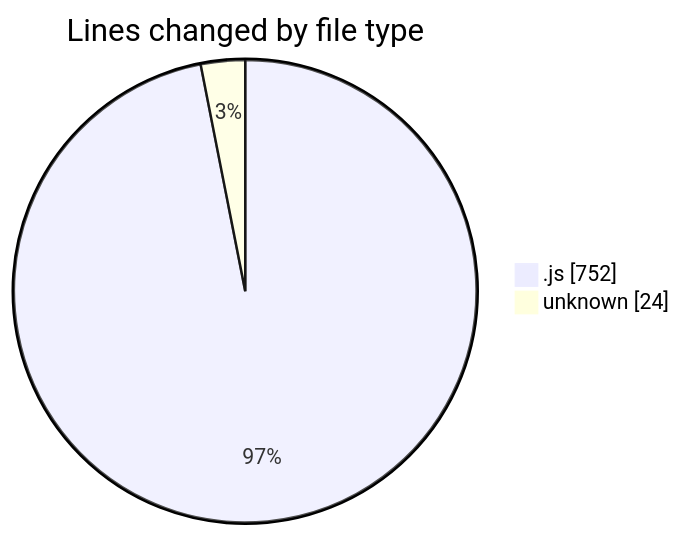
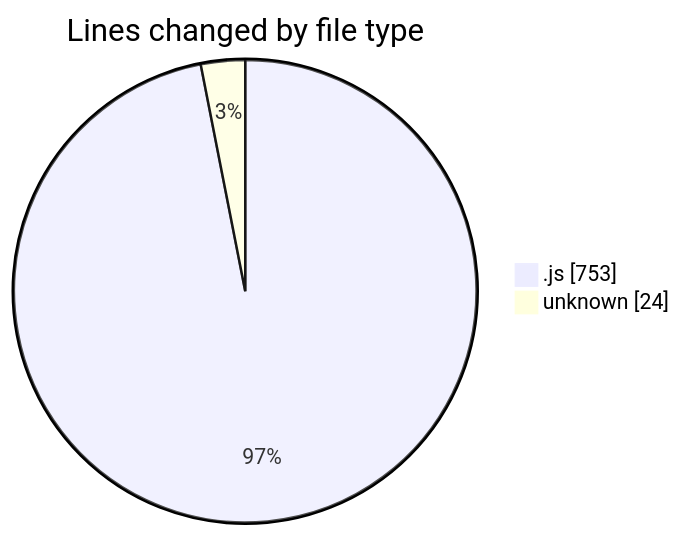
Before and after one commit to momahboobian/code-tracking: the first of 2 diagrams in 2025-02-03/cda/README.md, drawn with Mermaid. The commit also changed other lines of this file and 1 other file, not shown here.

````diff
--- a/2025-02-03/cda/README.md
+++ b/2025-02-03/cda/README.md
@@ -24,6 +24,6 @@
 ```mermaid
 pie showData
 title Lines changed by file type
-".js" : 752
+".js" : 753
 "unknown" : 24
 ```
````
